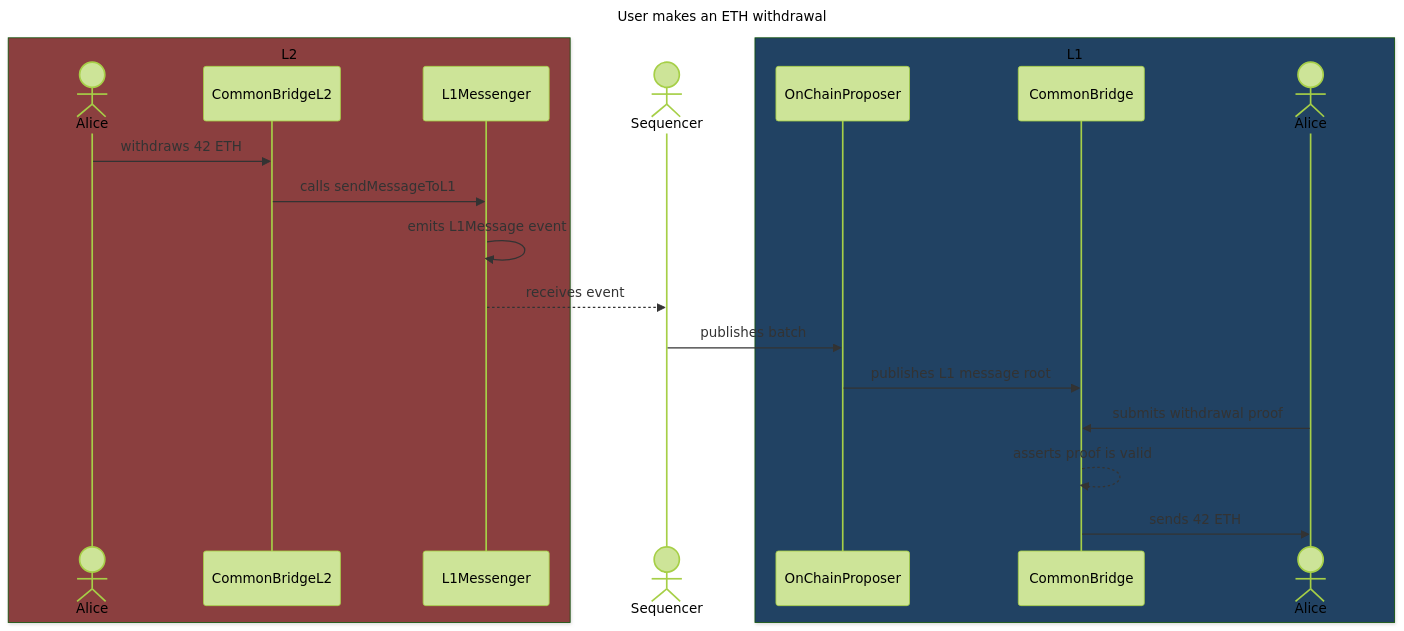
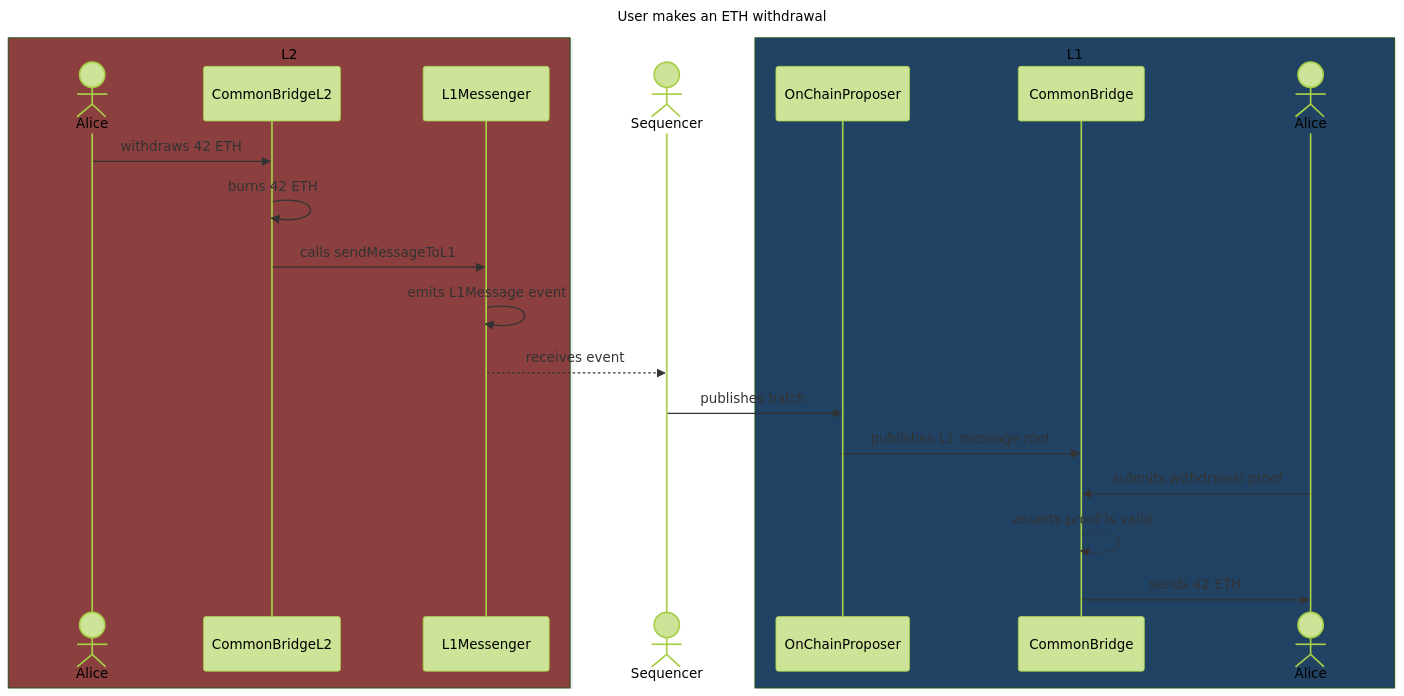
The first of 2 diagrams in docs/l2/withdrawals.md (lambdaclass/ethrex), drawn with Mermaid (forest theme) before and after one commit. The commit also changed other lines of this file, not shown here.

````diff
--- a/docs/l2/withdrawals.md
+++ b/docs/l2/withdrawals.md
@@ -27,32 +28,33 @@
 ```mermaid
 ---
 title: User makes an ETH withdrawal
 ---
 sequenceDiagram
     box rgb(139, 63, 63) L2
         actor L2Alice as Alice
         participant CommonBridgeL2
         participant L1Messenger
     end
 
     actor Sequencer
 
     box rgb(33,66,99) L1
         participant OnChainProposer
         participant CommonBridge
         actor L1Alice as Alice
     end
 
     L2Alice->>CommonBridgeL2: withdraws 42 ETH
+    CommonBridgeL2->>CommonBridgeL2: burns 42 ETH
     CommonBridgeL2->>L1Messenger: calls sendMessageToL1
     L1Messenger->>L1Messenger: emits L1Message event
 
     L1Messenger-->>Sequencer: receives event
 
     Sequencer->>OnChainProposer: publishes batch
     OnChainProposer->>CommonBridge: publishes L1 message root
 
     L1Alice->>CommonBridge: submits withdrawal proof
     CommonBridge-->>CommonBridge: asserts proof is valid
     CommonBridge->>L1Alice: sends 42 ETH
 ```
````
